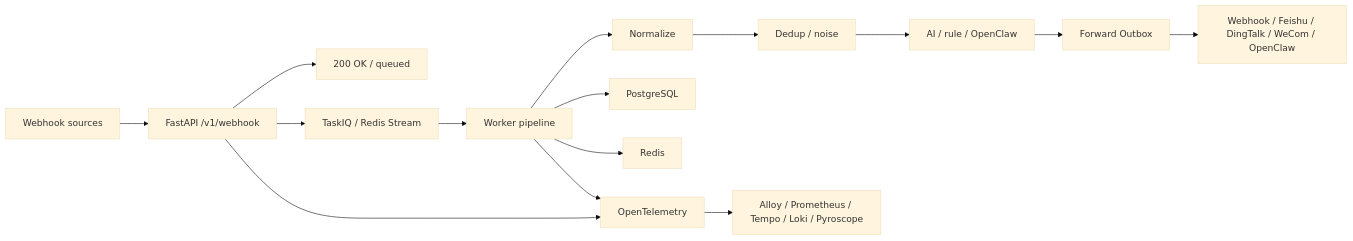
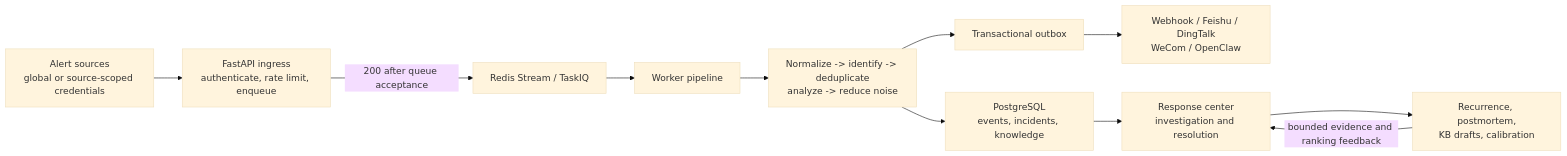
The diagram in README.md (itswl/WebhookWise), drawn with Mermaid (base theme) before and after one commit. The commit also changed other lines of this file and 7 other files, not shown here.

Commit message:
docs: update system architecture diagrams

````diff
--- a/README.md
+++ b/README.md
@@ -49,17 +50,24 @@
 ```mermaid
 flowchart LR
-    source["Webhook sources"] --> api["FastAPI /v1/webhook"]
-    api --> accepted["200 OK / queued"]
-    api --> queue["TaskIQ / Redis Stream"]
-    queue --> worker["Worker pipeline"]
-    worker --> normalize["Normalize"]
-    normalize --> dedup["Dedup / noise"]
-    dedup --> analyze["AI / rule / OpenClaw"]
-    analyze --> outbox["Forward Outbox"]
-    outbox --> targets["Webhook / Feishu / DingTalk / WeCom / OpenClaw"]
-    worker --> db["PostgreSQL"]
-    worker --> redis["Redis"]
-    api --> otel["OpenTelemetry"]
-    worker --> otel
-    otel --> obs["Alloy / Prometheus / Tempo / Loki / Pyroscope"]
+    sources["Alert sources<br/>global or source-scoped credentials"]
+    api["FastAPI ingress<br/>authenticate, rate limit, enqueue"]
+    queue["Redis Stream / TaskIQ"]
+    worker["Worker pipeline"]
+    process["Normalize -> identify -> deduplicate<br/>analyze -> reduce noise"]
+    db["PostgreSQL<br/>events, incidents, knowledge"]
+    outbox["Transactional outbox"]
+    targets["Webhook / Feishu / DingTalk<br/>WeCom / OpenClaw"]
+    response["Response center<br/>investigation and resolution"]
+    learning["Recurrence, postmortem,<br/>KB drafts, calibration"]
+
+    sources --> api
+    api -->|"200 after queue acceptance"| queue
+    queue --> worker
+    worker --> process
+    process --> db
+    process --> outbox
+    outbox --> targets
+    db --> response
+    response --> learning
+    learning -->|"bounded evidence and ranking feedback"| response
 ```
````
